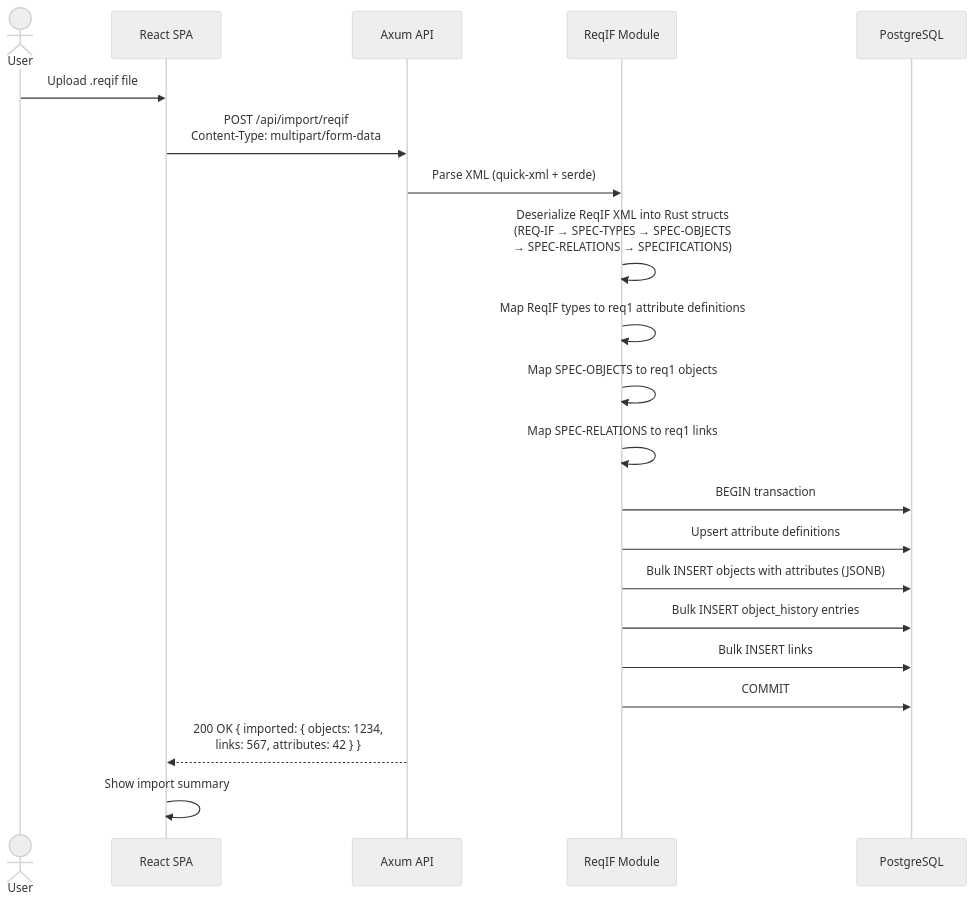
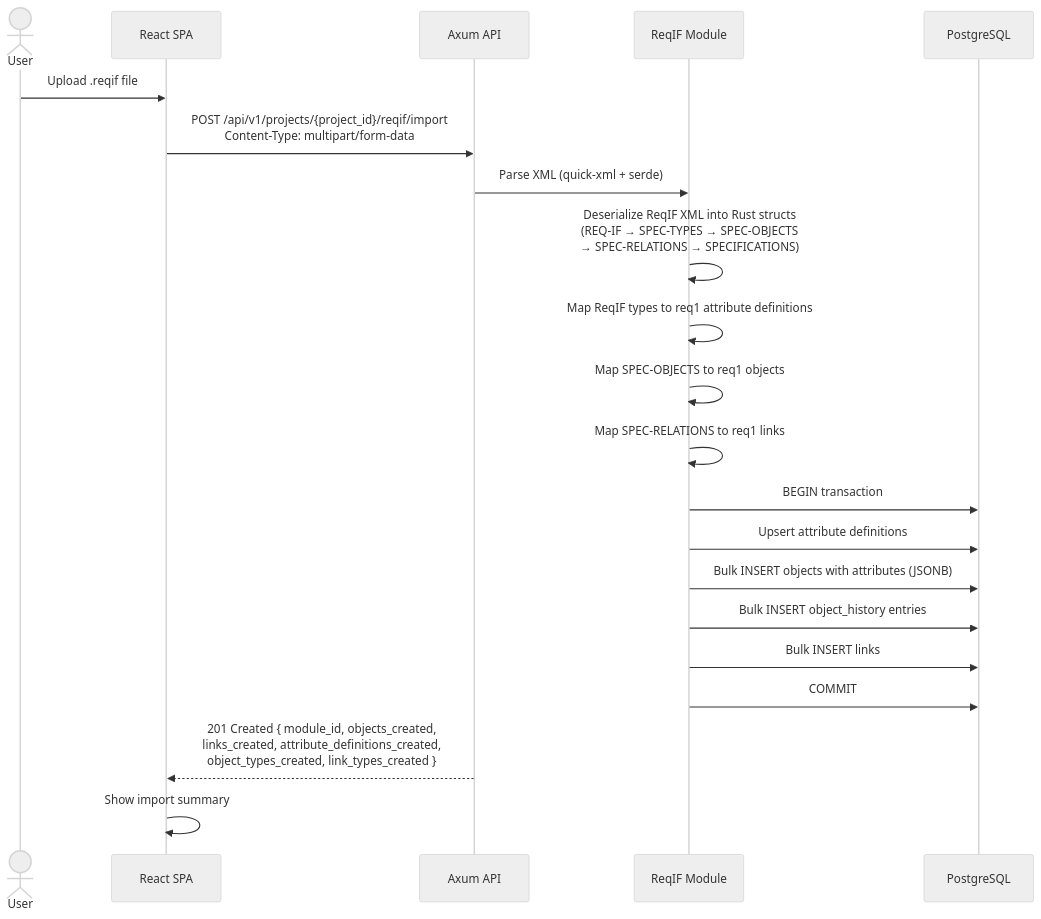
One commit to pthrr/req1 changed the fifth of 10 diagrams in docs/arch/06-runtime-view.md. Above: the diagram before and after it, drawn with Mermaid (neutral theme). The commit also changed 48 other files, not shown here.

````diff
--- a/docs/arch/06-runtime-view.md
+++ b/docs/arch/06-runtime-view.md
@@ -127,28 +127,28 @@
 ```mermaid
 sequenceDiagram
     actor User
     participant SPA as React SPA
     participant API as Axum API
     participant ReqIF as ReqIF Module
     participant PG as PostgreSQL
 
     User->>SPA: Upload .reqif file
-    SPA->>API: POST /api/import/reqif<br/>Content-Type: multipart/form-data
+    SPA->>API: POST /api/v1/projects/{project_id}/reqif/import<br/>Content-Type: multipart/form-data
 
     API->>ReqIF: Parse XML (quick-xml + serde)
     ReqIF->>ReqIF: Deserialize ReqIF XML into Rust structs<br/>(REQ-IF → SPEC-TYPES → SPEC-OBJECTS<br/>→ SPEC-RELATIONS → SPECIFICATIONS)
 
     ReqIF->>ReqIF: Map ReqIF types to req1 attribute definitions
     ReqIF->>ReqIF: Map SPEC-OBJECTS to req1 objects
     ReqIF->>ReqIF: Map SPEC-RELATIONS to req1 links
 
     ReqIF->>PG: BEGIN transaction
     ReqIF->>PG: Upsert attribute definitions
     ReqIF->>PG: Bulk INSERT objects with attributes (JSONB)
     ReqIF->>PG: Bulk INSERT object_history entries
     ReqIF->>PG: Bulk INSERT links
     ReqIF->>PG: COMMIT
 
-    API-->>SPA: 200 OK { imported: { objects: 1234,<br/>links: 567, attributes: 42 } }
+    API-->>SPA: 201 Created { module_id, objects_created,<br/>links_created, attribute_definitions_created,<br/>object_types_created, link_types_created }
     SPA->>SPA: Show import summary
 ```
````
